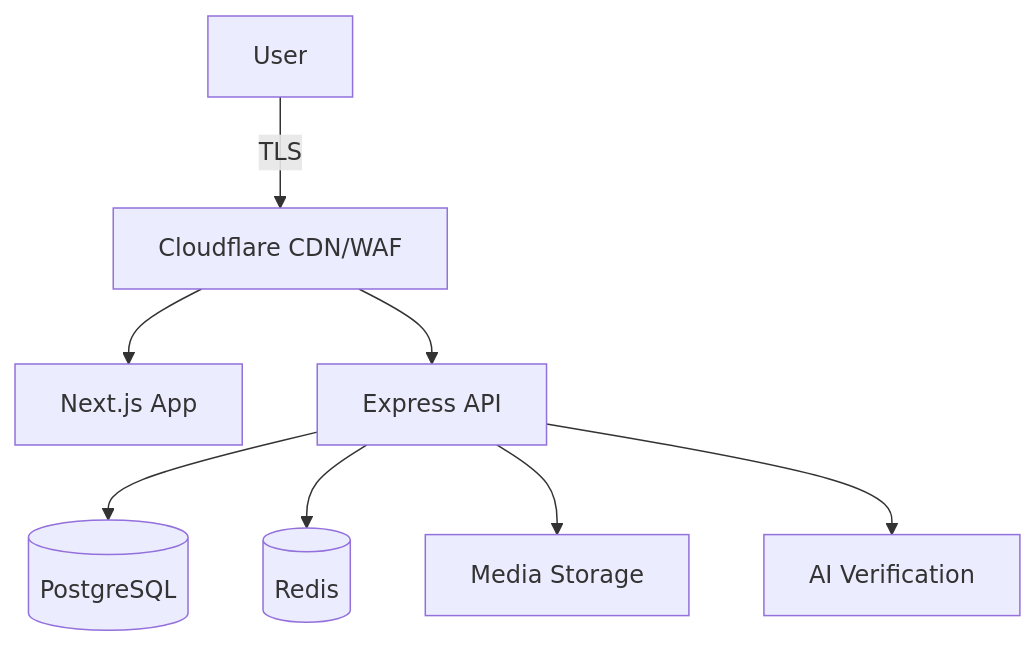
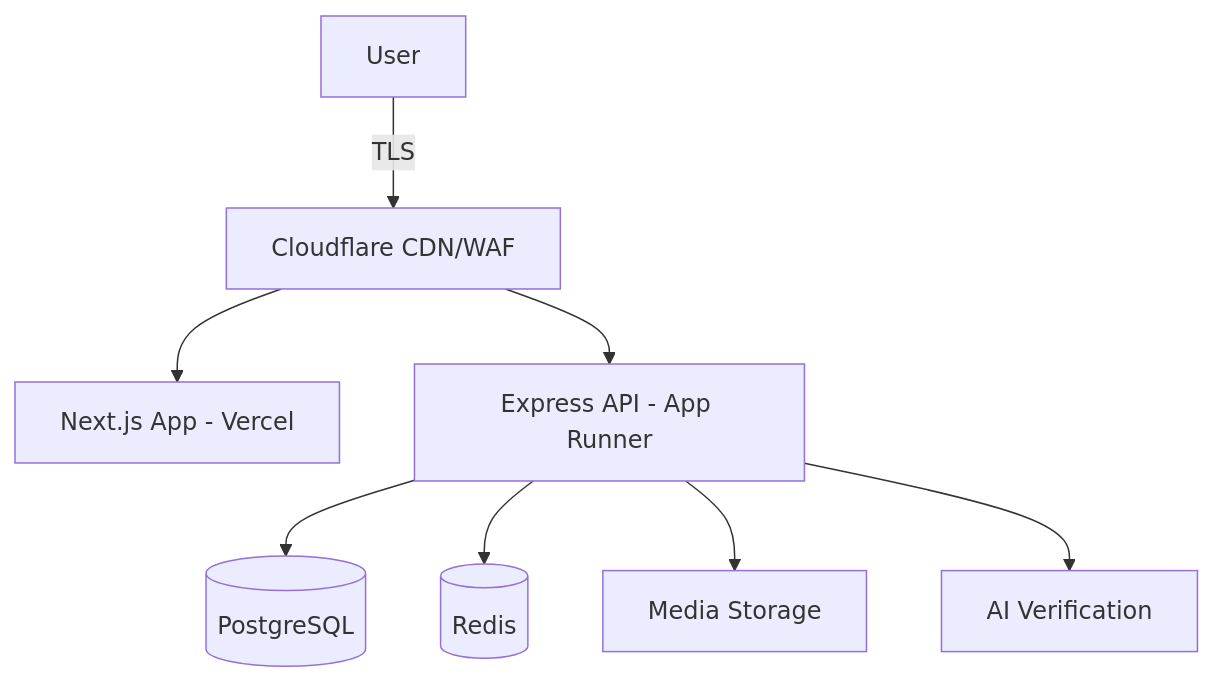
Before and after one commit to farrokh/daadaar: the diagram in ARCHITECTURE_SUMMARY.md, drawn with Mermaid. The commit also changed other lines of this file and 37 other files, not shown here.

Commit message:
feat: update deployment setup, migrations, and graph UI

````diff
--- a/ARCHITECTURE_SUMMARY.md
+++ b/ARCHITECTURE_SUMMARY.md
@@ -39,10 +39,10 @@
 ```mermaid
 graph TD
     User -->|TLS| CF[Cloudflare CDN/WAF]
-    CF --> frontend[Next.js App]
-    CF --> backend[Express API]
+    CF --> frontend[Next.js App - Vercel]
+    CF --> backend[Express API - App Runner]
     backend --> postgres[(PostgreSQL)]
     backend --> redis[(Redis)]
     backend --> s3[Media Storage]
     backend --> openai[AI Verification]
 ```
````
